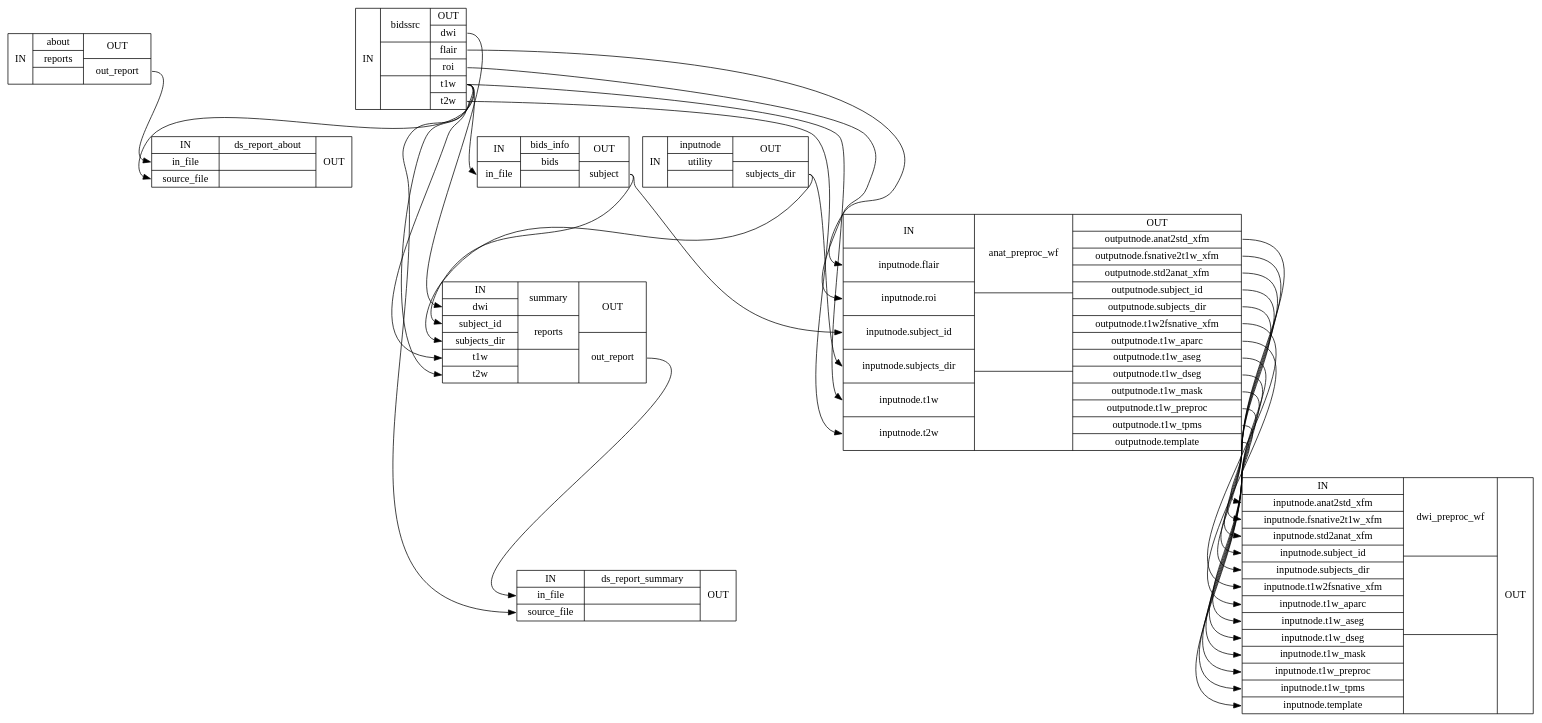
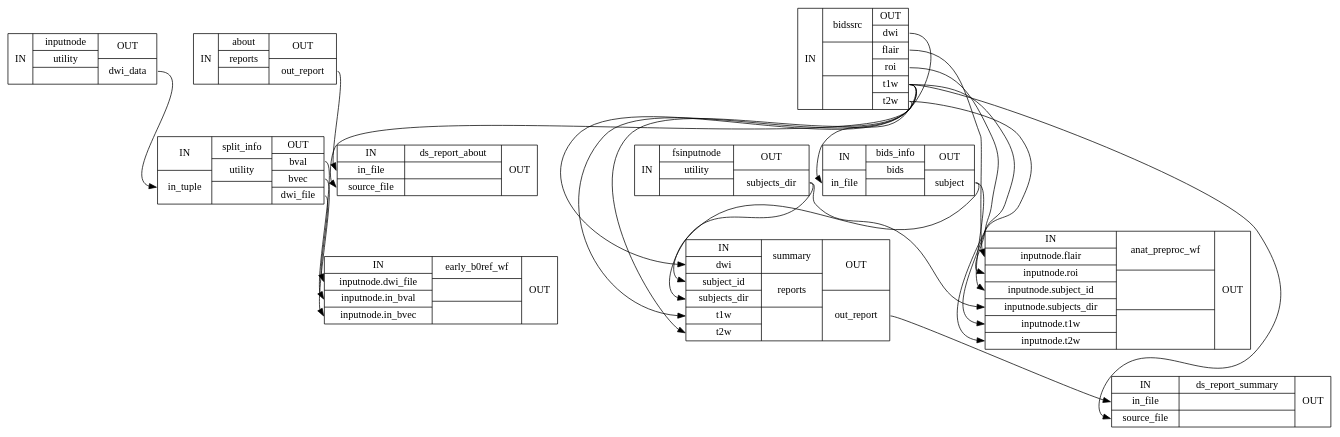
Before and after one commit to nipreps/dmriprep: the diagram in test_docs/wf_directive/api/single_subject_THP0005_wf/dmriprep-workflows-base-2_detailed.dot, drawn with Graphviz. The commit also changed 435 other files, not shown here.

```diff
--- a/test_docs/wf_directive/api/single_subject_THP0005_wf/dmriprep-workflows-base-2_detailed.dot
+++ b/test_docs/wf_directive/api/single_subject_THP0005_wf/dmriprep-workflows-base-2_detailed.dot
@@ -1,41 +1,34 @@
 digraph structs {
 node [shape=record];
+single_subject_THP0005_wfinputnode [label="{IN}|{ inputnode | utility |  }|{OUT|<outdwidata> dwi_data}"];
+single_subject_THP0005_wfsplit_info [label="{IN|<inintuple> in_tuple}|{ split_info | utility |  }|{OUT|<outbval> bval|<outbvec> bvec|<outdwifile> dwi_file}"];
+single_subject_THP0005_wfearly_b0ref_wf [label="{IN|<ininputnodedwifile> inputnode.dwi_file|<ininputnodeinbval> inputnode.in_bval|<ininputnodeinbvec> inputnode.in_bvec}|{ early_b0ref_wf |  |  }|{OUT}"];
 single_subject_THP0005_wfabout [label="{IN}|{ about | reports |  }|{OUT|<outoutreport> out_report}"];
 single_subject_THP0005_wfbidssrc [label="{IN}|{ bidssrc |  |  }|{OUT|<outdwi> dwi|<outflair> flair|<outroi> roi|<outt1w> t1w|<outt2w> t2w}"];
 single_subject_THP0005_wfds_report_about [label="{IN|<ininfile> in_file|<insourcefile> source_file}|{ ds_report_about |  |  }|{OUT}"];
 single_subject_THP0005_wfbids_info [label="{IN|<ininfile> in_file}|{ bids_info | bids |  }|{OUT|<outsubject> subject}"];
-single_subject_THP0005_wfinputnode [label="{IN}|{ inputnode | utility |  }|{OUT|<outsubjectsdir> subjects_dir}"];
+single_subject_THP0005_wffsinputnode [label="{IN}|{ fsinputnode | utility |  }|{OUT|<outsubjectsdir> subjects_dir}"];
 single_subject_THP0005_wfsummary [label="{IN|<indwi> dwi|<insubjectid> subject_id|<insubjectsdir> subjects_dir|<int1w> t1w|<int2w> t2w}|{ summary | reports |  }|{OUT|<outoutreport> out_report}"];
 single_subject_THP0005_wfds_report_summary [label="{IN|<ininfile> in_file|<insourcefile> source_file}|{ ds_report_summary |  |  }|{OUT}"];
-single_subject_THP0005_wfanat_preproc_wf [label="{IN|<ininputnodeflair> inputnode.flair|<ininputnoderoi> inputnode.roi|<ininputnodesubjectid> inputnode.subject_id|<ininputnodesubjectsdir> inputnode.subjects_dir|<ininputnodet1w> inputnode.t1w|<ininputnodet2w> inputnode.t2w}|{ anat_preproc_wf |  |  }|{OUT|<outoutputnodeanat2stdxfm> outputnode.anat2std_xfm|<outoutputnodefsnative2t1wxfm> outputnode.fsnative2t1w_xfm|<outoutputnodestd2anatxfm> outputnode.std2anat_xfm|<outoutputnodesubjectid> outputnode.subject_id|<outoutputnodesubjectsdir> outputnode.subjects_dir|<outoutputnodet1w2fsnativexfm> outputnode.t1w2fsnative_xfm|<outoutputnodet1waparc> outputnode.t1w_aparc|<outoutputnodet1waseg> outputnode.t1w_aseg|<outoutputnodet1wdseg> outputnode.t1w_dseg|<outoutputnodet1wmask> outputnode.t1w_mask|<outoutputnodet1wpreproc> outputnode.t1w_preproc|<outoutputnodet1wtpms> outputnode.t1w_tpms|<outoutputnodetemplate> outputnode.template}"];
-single_subject_THP0005_wfdwi_preproc_wf [label="{IN|<ininputnodeanat2stdxfm> inputnode.anat2std_xfm|<ininputnodefsnative2t1wxfm> inputnode.fsnative2t1w_xfm|<ininputnodestd2anatxfm> inputnode.std2anat_xfm|<ininputnodesubjectid> inputnode.subject_id|<ininputnodesubjectsdir> inputnode.subjects_dir|<ininputnodet1w2fsnativexfm> inputnode.t1w2fsnative_xfm|<ininputnodet1waparc> inputnode.t1w_aparc|<ininputnodet1waseg> inputnode.t1w_aseg|<ininputnodet1wdseg> inputnode.t1w_dseg|<ininputnodet1wmask> inputnode.t1w_mask|<ininputnodet1wpreproc> inputnode.t1w_preproc|<ininputnodet1wtpms> inputnode.t1w_tpms|<ininputnodetemplate> inputnode.template}|{ dwi_preproc_wf |  |  }|{OUT}"];
+single_subject_THP0005_wfanat_preproc_wf [label="{IN|<ininputnodeflair> inputnode.flair|<ininputnoderoi> inputnode.roi|<ininputnodesubjectid> inputnode.subject_id|<ininputnodesubjectsdir> inputnode.subjects_dir|<ininputnodet1w> inputnode.t1w|<ininputnodet2w> inputnode.t2w}|{ anat_preproc_wf |  |  }|{OUT}"];
 single_subject_THP0005_wfabout:outoutreport:e -> single_subject_THP0005_wfds_report_about:ininfile:w;
-single_subject_THP0005_wfanat_preproc_wf:outoutputnodeanat2stdxfm:e -> single_subject_THP0005_wfdwi_preproc_wf:ininputnodeanat2stdxfm:w;
-single_subject_THP0005_wfanat_preproc_wf:outoutputnodefsnative2t1wxfm:e -> single_subject_THP0005_wfdwi_preproc_wf:ininputnodefsnative2t1wxfm:w;
-single_subject_THP0005_wfanat_preproc_wf:outoutputnodestd2anatxfm:e -> single_subject_THP0005_wfdwi_preproc_wf:ininputnodestd2anatxfm:w;
-single_subject_THP0005_wfanat_preproc_wf:outoutputnodesubjectid:e -> single_subject_THP0005_wfdwi_preproc_wf:ininputnodesubjectid:w;
-single_subject_THP0005_wfanat_preproc_wf:outoutputnodesubjectsdir:e -> single_subject_THP0005_wfdwi_preproc_wf:ininputnodesubjectsdir:w;
-single_subject_THP0005_wfanat_preproc_wf:outoutputnodet1w2fsnativexfm:e -> single_subject_THP0005_wfdwi_preproc_wf:ininputnodet1w2fsnativexfm:w;
-single_subject_THP0005_wfanat_preproc_wf:outoutputnodet1waparc:e -> single_subject_THP0005_wfdwi_preproc_wf:ininputnodet1waparc:w;
-single_subject_THP0005_wfanat_preproc_wf:outoutputnodet1waseg:e -> single_subject_THP0005_wfdwi_preproc_wf:ininputnodet1waseg:w;
-single_subject_THP0005_wfanat_preproc_wf:outoutputnodet1wdseg:e -> single_subject_THP0005_wfdwi_preproc_wf:ininputnodet1wdseg:w;
-single_subject_THP0005_wfanat_preproc_wf:outoutputnodet1wmask:e -> single_subject_THP0005_wfdwi_preproc_wf:ininputnodet1wmask:w;
-single_subject_THP0005_wfanat_preproc_wf:outoutputnodet1wpreproc:e -> single_subject_THP0005_wfdwi_preproc_wf:ininputnodet1wpreproc:w;
-single_subject_THP0005_wfanat_preproc_wf:outoutputnodet1wtpms:e -> single_subject_THP0005_wfdwi_preproc_wf:ininputnodet1wtpms:w;
-single_subject_THP0005_wfanat_preproc_wf:outoutputnodetemplate:e -> single_subject_THP0005_wfdwi_preproc_wf:ininputnodetemplate:w;
 single_subject_THP0005_wfbids_info:outsubject:e -> single_subject_THP0005_wfanat_preproc_wf:ininputnodesubjectid:w;
 single_subject_THP0005_wfbids_info:outsubject:e -> single_subject_THP0005_wfsummary:insubjectid:w;
 single_subject_THP0005_wfbidssrc:outdwi:e -> single_subject_THP0005_wfsummary:indwi:w;
 single_subject_THP0005_wfbidssrc:outflair:e -> single_subject_THP0005_wfanat_preproc_wf:ininputnodeflair:w;
 single_subject_THP0005_wfbidssrc:outroi:e -> single_subject_THP0005_wfanat_preproc_wf:ininputnoderoi:w;
 single_subject_THP0005_wfbidssrc:outt1w:e -> single_subject_THP0005_wfanat_preproc_wf:ininputnodet1w:w;
 single_subject_THP0005_wfbidssrc:outt1w:e -> single_subject_THP0005_wfbids_info:ininfile:w;
 single_subject_THP0005_wfbidssrc:outt1w:e -> single_subject_THP0005_wfds_report_about:insourcefile:w;
 single_subject_THP0005_wfbidssrc:outt1w:e -> single_subject_THP0005_wfds_report_summary:insourcefile:w;
 single_subject_THP0005_wfbidssrc:outt1w:e -> single_subject_THP0005_wfsummary:int1w:w;
 single_subject_THP0005_wfbidssrc:outt2w:e -> single_subject_THP0005_wfanat_preproc_wf:ininputnodet2w:w;
 single_subject_THP0005_wfbidssrc:outt2w:e -> single_subject_THP0005_wfsummary:int2w:w;
-single_subject_THP0005_wfinputnode:outsubjectsdir:e -> single_subject_THP0005_wfanat_preproc_wf:ininputnodesubjectsdir:w;
-single_subject_THP0005_wfinputnode:outsubjectsdir:e -> single_subject_THP0005_wfsummary:insubjectsdir:w;
+single_subject_THP0005_wffsinputnode:outsubjectsdir:e -> single_subject_THP0005_wfanat_preproc_wf:ininputnodesubjectsdir:w;
+single_subject_THP0005_wffsinputnode:outsubjectsdir:e -> single_subject_THP0005_wfsummary:insubjectsdir:w;
+single_subject_THP0005_wfinputnode:outdwidata:e -> single_subject_THP0005_wfsplit_info:inintuple:w;
+single_subject_THP0005_wfsplit_info:outbval:e -> single_subject_THP0005_wfearly_b0ref_wf:ininputnodeinbval:w;
+single_subject_THP0005_wfsplit_info:outbvec:e -> single_subject_THP0005_wfearly_b0ref_wf:ininputnodeinbvec:w;
+single_subject_THP0005_wfsplit_info:outdwifile:e -> single_subject_THP0005_wfearly_b0ref_wf:ininputnodedwifile:w;
 single_subject_THP0005_wfsummary:outoutreport:e -> single_subject_THP0005_wfds_report_summary:ininfile:w;
 }
```
